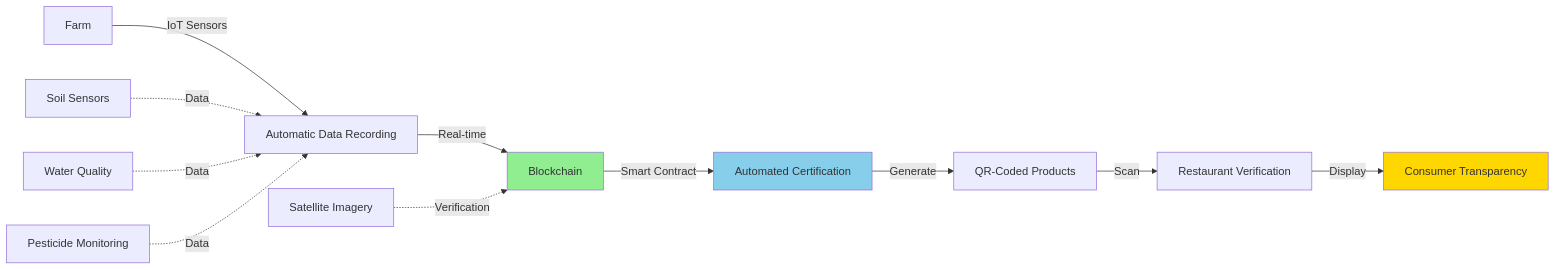
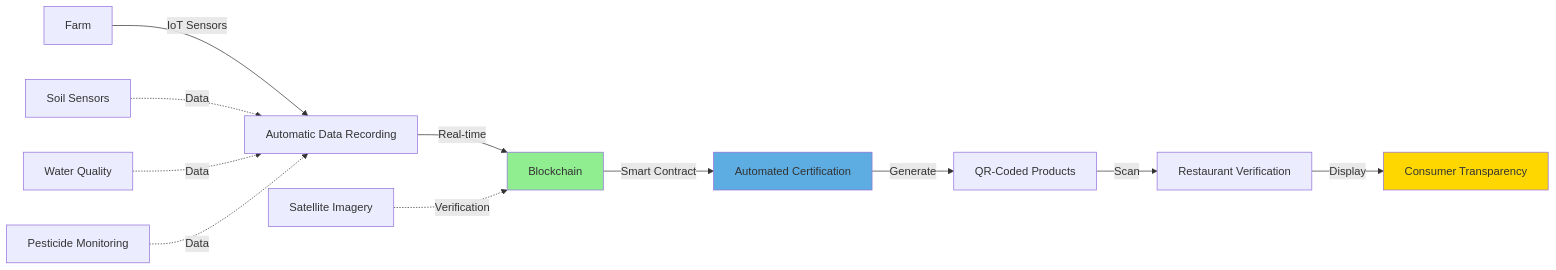
One commit to ljg-cqu/knowledge changed diagram 15 of 22 in Industry/Blockchain/Blockchain/ValueChain/QA_ClaudeOpus.md. Above: the diagram before and after it, drawn with Mermaid. The commit also changed other lines of this file and 6 other files, not shown here.

````diff
--- a/Industry/Blockchain/Blockchain/ValueChain/QA_ClaudeOpus.md
+++ b/Industry/Blockchain/Blockchain/ValueChain/QA_ClaudeOpus.md
@@ -1432,18 +1432,18 @@
 ```mermaid
 graph LR
     A[Farm] -->|IoT Sensors| B[Automatic Data Recording]
     B -->|Real-time| C[Blockchain]
     C -->|Smart Contract| D[Automated Certification]
     D -->|Generate| E[QR-Coded Products]
     E -->|Scan| F[Restaurant Verification]
     F -->|Display| G[Consumer Transparency]
     
     H[Soil Sensors] -.->|Data| B
     I[Water Quality] -.->|Data| B
     J[Pesticide Monitoring] -.->|Data| B
     K[Satellite Imagery] -.->|Verification| C
     
     style C fill:#90EE90
-    style D fill:#87CEEB
+    style D fill:#5DADE2
     style G fill:#FFD700
 ```
````
